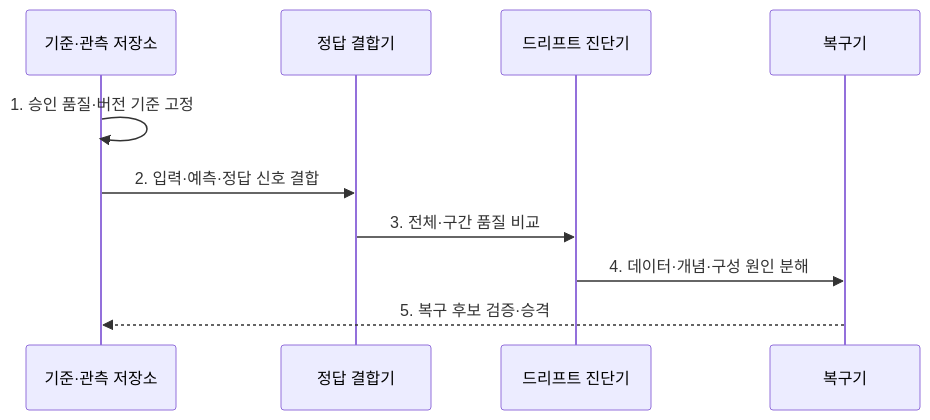
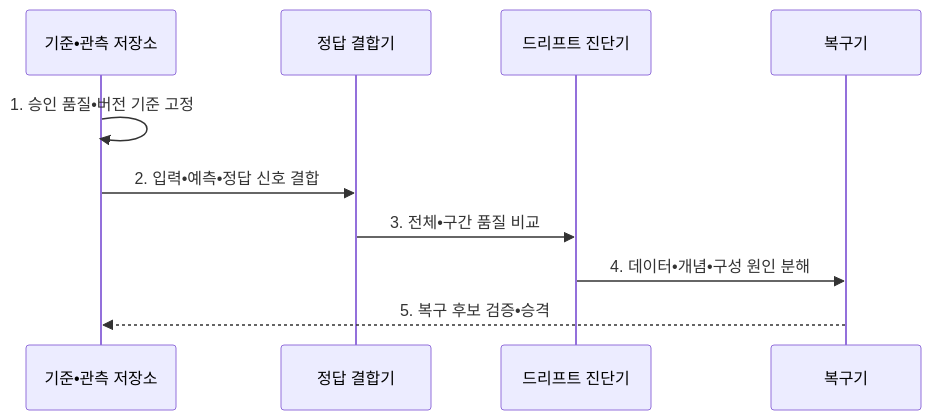
Before and after one commit to agnusdei1207/knowledge-base: the second of 2 diagrams in src/content/docs/notes/08-latest-tech/136_model_drift.md, drawn with Mermaid. The commit also changed other lines of this file and 953 other files, not shown here.

````diff
--- a/src/content/docs/notes/08-latest-tech/136_model_drift.md
+++ b/src/content/docs/notes/08-latest-tech/136_model_drift.md
@@ -99,12 +99,12 @@
 ```mermaid
 sequenceDiagram
-    participant B as 기준·관측 저장소
+    participant B as 기준•관측 저장소
     participant G as 정답 결합기
     participant D as 드리프트 진단기
     participant R as 복구기
-    B->>B: 1. 승인 품질·버전 기준 고정
-    B->>G: 2. 입력·예측·정답 신호 결합
-    G->>D: 3. 전체·구간 품질 비교
-    D->>R: 4. 데이터·개념·구성 원인 분해
-    R-->>B: 5. 복구 후보 검증·승격
+    B->>B: 1. 승인 품질•버전 기준 고정
+    B->>G: 2. 입력•예측•정답 신호 결합
+    G->>D: 3. 전체•구간 품질 비교
+    D->>R: 4. 데이터•개념•구성 원인 분해
+    R-->>B: 5. 복구 후보 검증•승격
 ```
````
